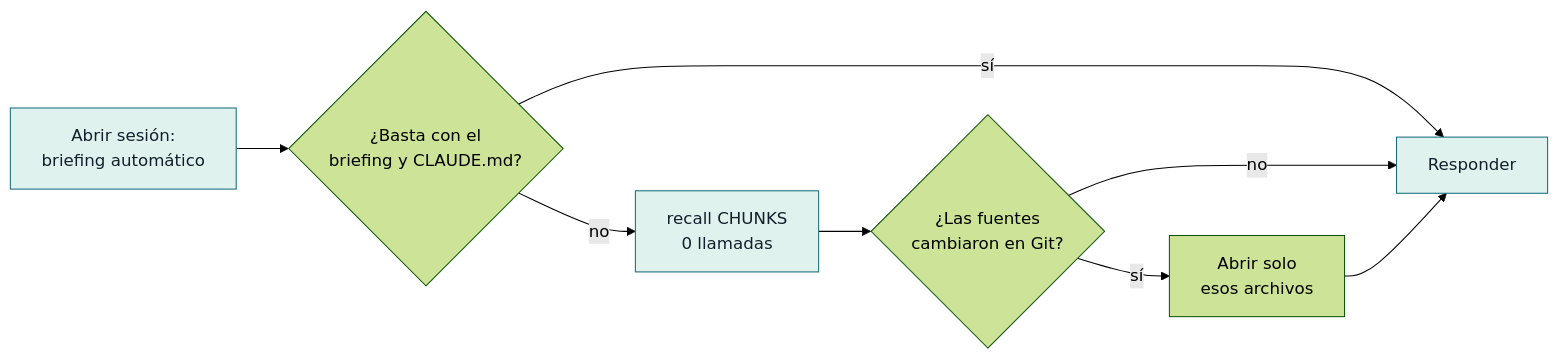
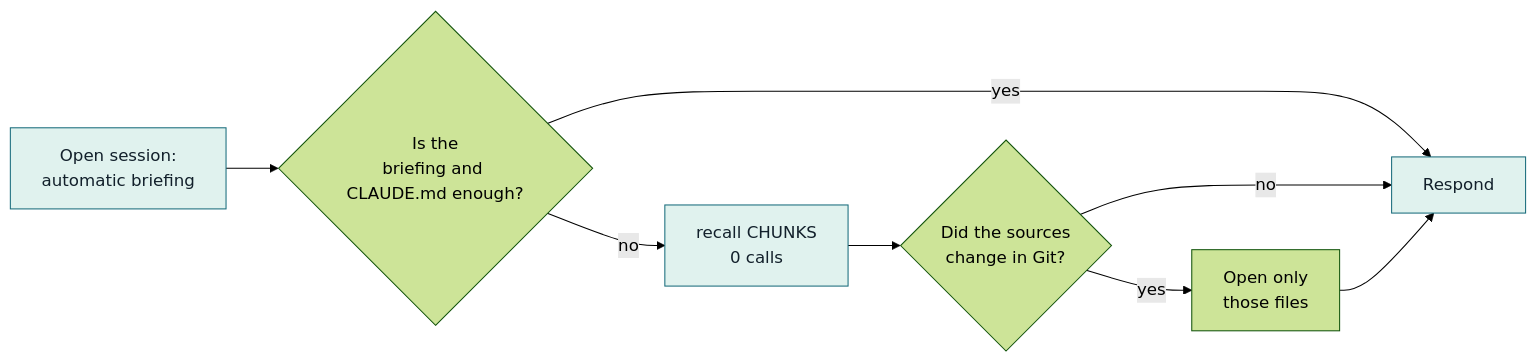
One commit to WRopero/Timewarden changed the diagram in docs/diagrams/03-lectura.mmd. Above: the diagram before and after it, drawn with Mermaid (forest theme). The commit also changed 97 other files, not shown here.

```diff
--- a/docs/diagrams/03-lectura.mmd
+++ b/docs/diagrams/03-lectura.mmd
@@ -1,9 +1,9 @@
 flowchart LR
-  B["Abrir sesión:<br/>briefing automático"] --> A{"¿Basta con el<br/>briefing y CLAUDE.md?"}
-  A -->|"sí"| R["Responder"]
-  A -->|"no"| C["recall CHUNKS<br/>0 llamadas"]
-  C --> G{"¿Las fuentes<br/>cambiaron en Git?"}
+  B["Open session:<br/>automatic briefing"] --> A{"Is the<br/>briefing and CLAUDE.md enough?"}
+  A -->|"yes"| R["Respond"]
+  A -->|"no"| C["recall CHUNKS<br/>0 calls"]
+  C --> G{"Did the sources<br/>change in Git?"}
   G -->|"no"| R
-  G -->|"sí"| H["Abrir solo<br/>esos archivos"] --> R
+  G -->|"yes"| H["Open only<br/>those files"] --> R
   classDef free fill:#E0F2EE,stroke:#176B7B,color:#12202B
   class B,C,R free
```
